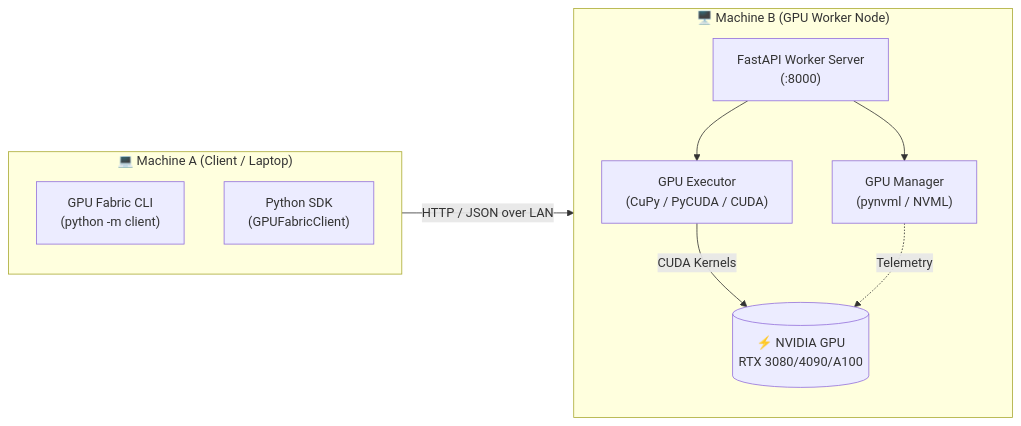
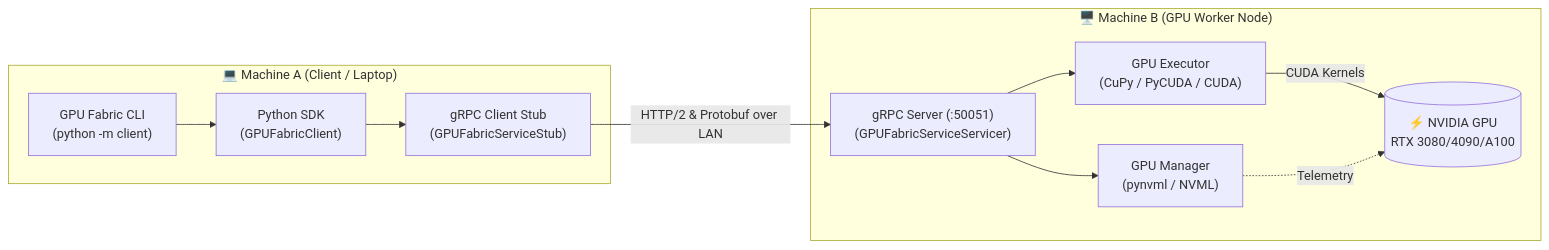
One commit to Izpiz06/gpufabric changed the diagram in README.md. Above: the diagram before and after it, drawn with Mermaid. The commit also changed other lines of this file and 28 other files, not shown here.

````diff
--- a/README.md
+++ b/README.md
@@ -61,21 +62,25 @@
 ```mermaid
 flowchart LR
     subgraph ClientMachine["💻 Machine A (Client / Laptop)"]
         CLI["GPU Fabric CLI\n(python -m client)"]
         SDK["Python SDK\n(GPUFabricClient)"]
+        Stub["gRPC Client Stub\n(GPUFabricServiceStub)"]
+
+        CLI --> SDK
+        SDK --> Stub
     end
 
     subgraph WorkerMachine["🖥️ Machine B (GPU Worker Node)"]
-        FastAPI["FastAPI Worker Server\n(:8000)"]
+        Server["gRPC Server (:50051)\n(GPUFabricServiceServicer)"]
         NVML["GPU Manager\n(pynvml / NVML)"]
         Executor["GPU Executor\n(CuPy / PyCUDA / CUDA)"]
         GPU[("⚡ NVIDIA GPU\nRTX 3080/4090/A100")]
 
-        FastAPI --> NVML
-        FastAPI --> Executor
+        Server --> NVML
+        Server --> Executor
         Executor -->|CUDA Kernels| GPU
         NVML -.->|Telemetry| GPU
     end
 
-    ClientMachine -->|"HTTP / JSON over LAN"| WorkerMachine
+    Stub -->|"HTTP/2 & Protobuf over LAN"| Server
 ```
````
